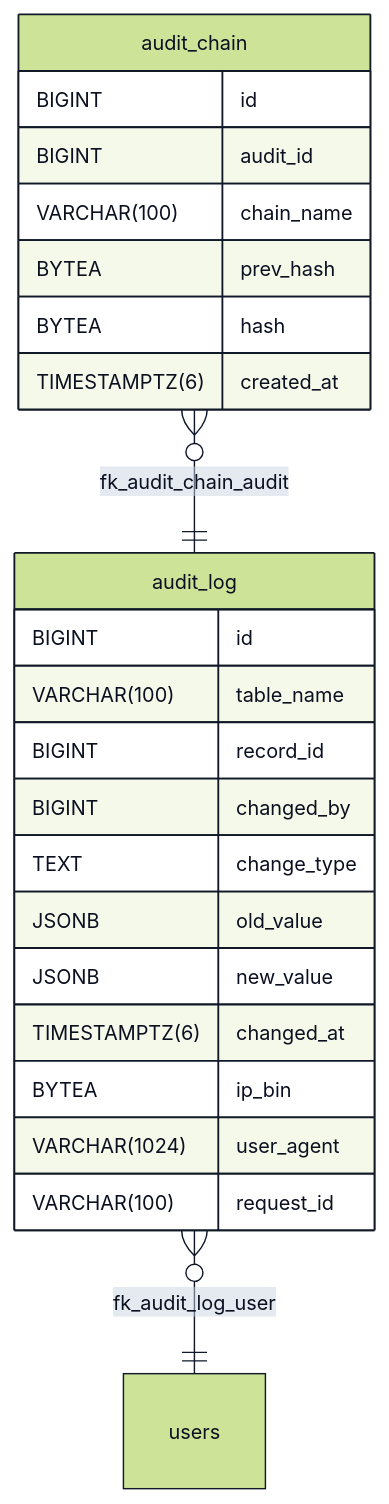
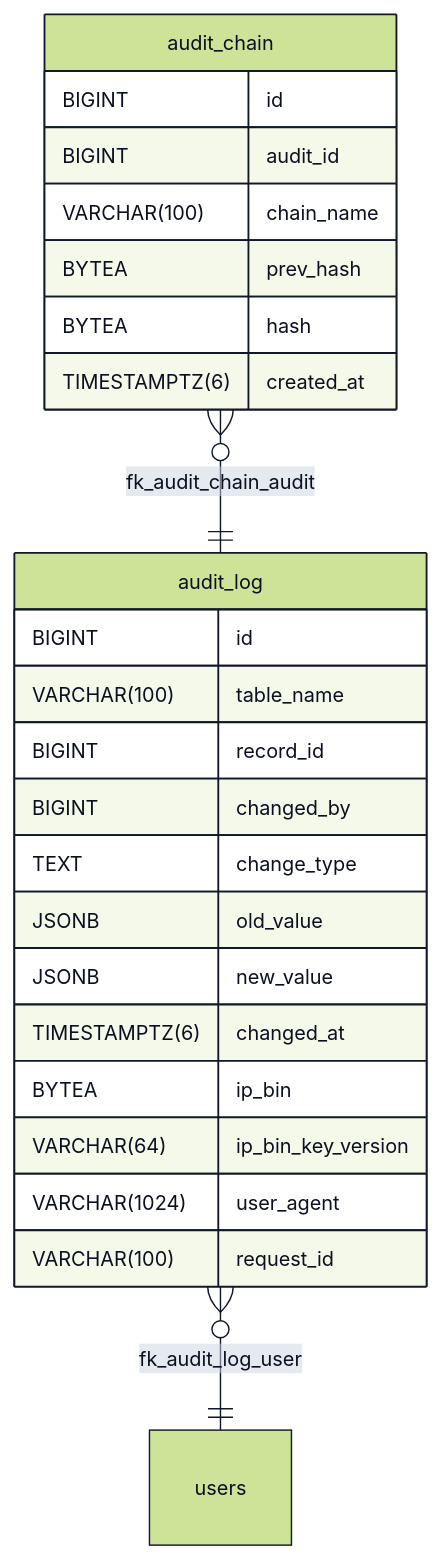
One commit to blackcatacademy/blackcat-database changed the diagram in docs/erd-details/ERD-audit_chain.md. Above: the diagram before and after it, drawn with Mermaid. The commit also changed 71 other files, not shown here.

````diff
--- a/docs/erd-details/ERD-audit_chain.md
+++ b/docs/erd-details/ERD-audit_chain.md
@@ -1,29 +1,30 @@
 ```mermaid
 %%{init: {"theme":"forest","themeVariables":{"primaryColor":"#e5e7eb","primaryBorderColor":"#111827","primaryTextColor":"#0b1021","edgeLabelBackground":"#f8fafc","tertiaryColor":"#cbd5e1","tertiaryTextColor":"#0f172a","lineColor":"#0f172a","nodeBorder":"#111827","textColor":"#0b1021","fontSize":"14px"}} }%%
 %% Detail ERD for audit_chain (engine: postgres, neighbors: 1)
 erDiagram
   direction TB
   audit_chain {
     BIGINT id
     BIGINT audit_id
     VARCHAR(100) chain_name
     BYTEA prev_hash
     BYTEA hash
     TIMESTAMPTZ(6) created_at
   }
   audit_log {
     BIGINT id
     VARCHAR(100) table_name
     BIGINT record_id
     BIGINT changed_by
     TEXT change_type
     JSONB old_value
     JSONB new_value
     TIMESTAMPTZ(6) changed_at
     BYTEA ip_bin
+    VARCHAR(64) ip_bin_key_version
     VARCHAR(1024) user_agent
     VARCHAR(100) request_id
   }
 audit_chain }o--|| audit_log : fk_audit_chain_audit
 audit_log }o--|| users : fk_audit_log_user
 ```
````
